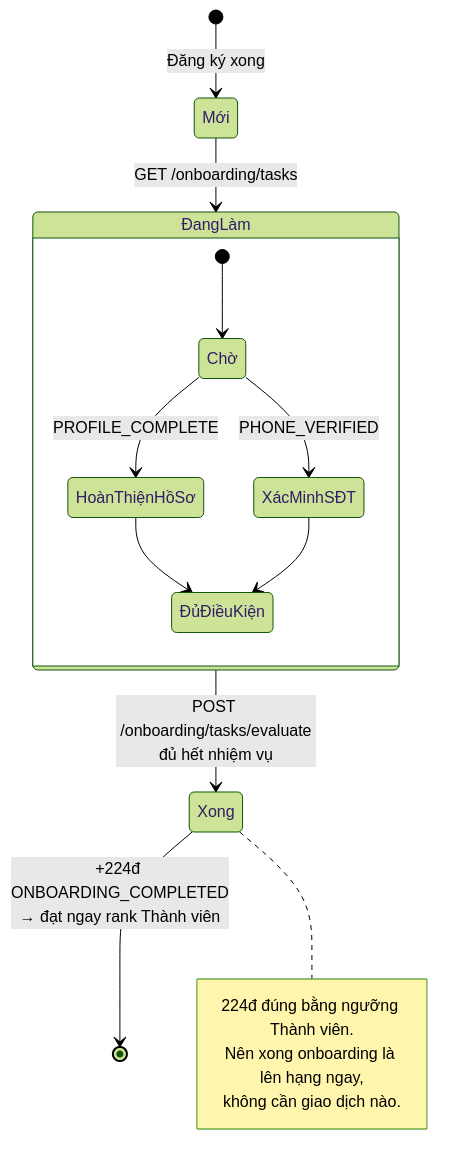
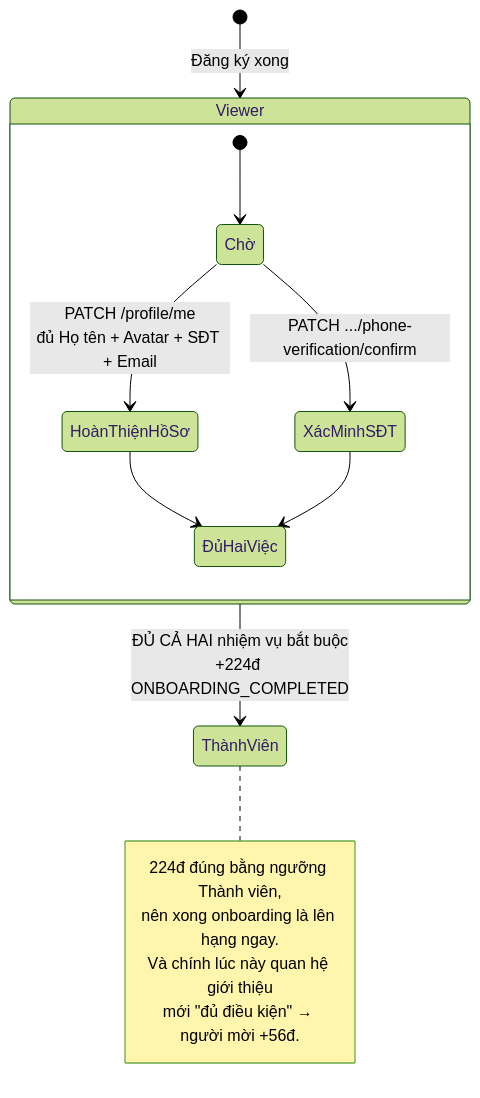
One commit to fdshn/trueheart changed the fourth of 6 diagrams in docs/diagram/02-profile.md. Above: the diagram before and after it, drawn with Mermaid (forest theme). The commit also changed other lines of this file and 43 other files, not shown here.

````diff
--- a/docs/diagram/02-profile.md
+++ b/docs/diagram/02-profile.md
@@ -130,22 +151,21 @@
 ```mermaid
 stateDiagram-v2
-    [*] --> Mới: Đăng ký xong
-    Mới --> ĐangLàm: GET /onboarding/tasks
+    [*] --> Viewer: Đăng ký xong
 
-    state ĐangLàm {
+    state Viewer {
         [*] --> Chờ
-        Chờ --> HoànThiệnHồSơ: PROFILE_COMPLETE
-        Chờ --> XácMinhSĐT: PHONE_VERIFIED
-        HoànThiệnHồSơ --> ĐủĐiềuKiện
-        XácMinhSĐT --> ĐủĐiềuKiện
+        Chờ --> HoànThiệnHồSơ: PATCH /profile/me<br/>đủ Họ tên + Avatar + SĐT + Email
+        Chờ --> XácMinhSĐT: PATCH .../phone-verification/confirm
+        HoànThiệnHồSơ --> ĐủHaiViệc
+        XácMinhSĐT --> ĐủHaiViệc
     }
 
-    ĐangLàm --> Xong: POST /onboarding/tasks/evaluate<br/>đủ hết nhiệm vụ
-    Xong --> [*]: +224đ ONBOARDING_COMPLETED<br/>→ đạt ngay rank Thành viên
+    Viewer --> ThànhViên: ĐỦ CẢ HAI nhiệm vụ bắt buộc<br/>+224đ ONBOARDING_COMPLETED
 
-    note right of Xong
-        224đ đúng bằng ngưỡng Thành viên.
-        Nên xong onboarding là lên hạng ngay,
-        không cần giao dịch nào.
+    note right of ThànhViên
+        224đ đúng bằng ngưỡng Thành viên,
+        nên xong onboarding là lên hạng ngay.
+        Và chính lúc này quan hệ giới thiệu
+        mới "đủ điều kiện" → người mời +56đ.
     end note
 ```
````
